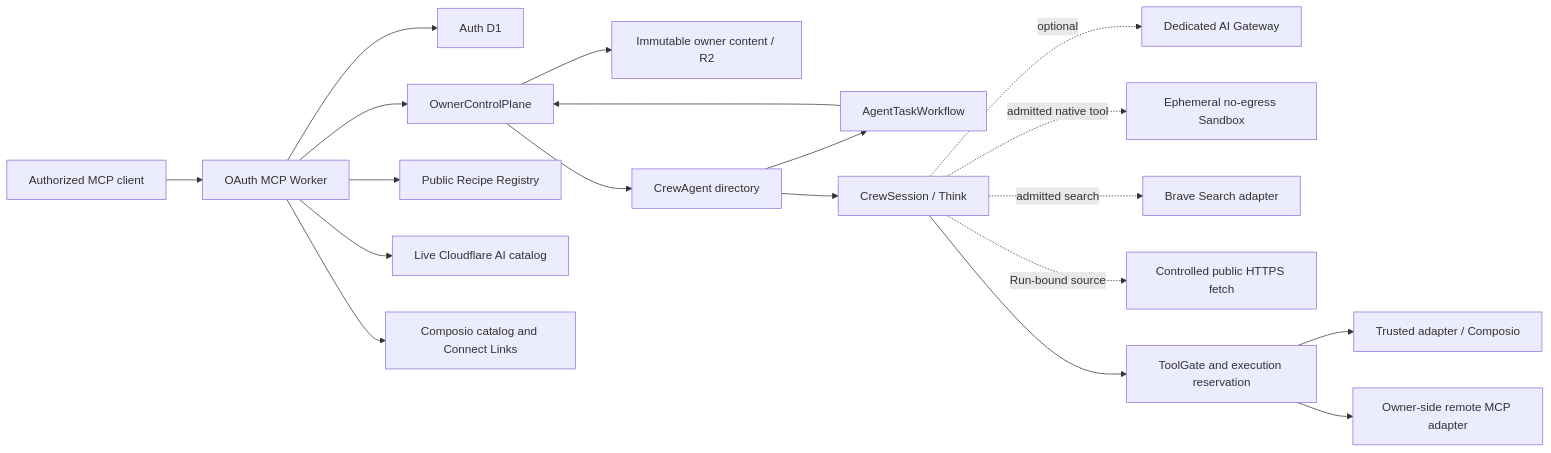
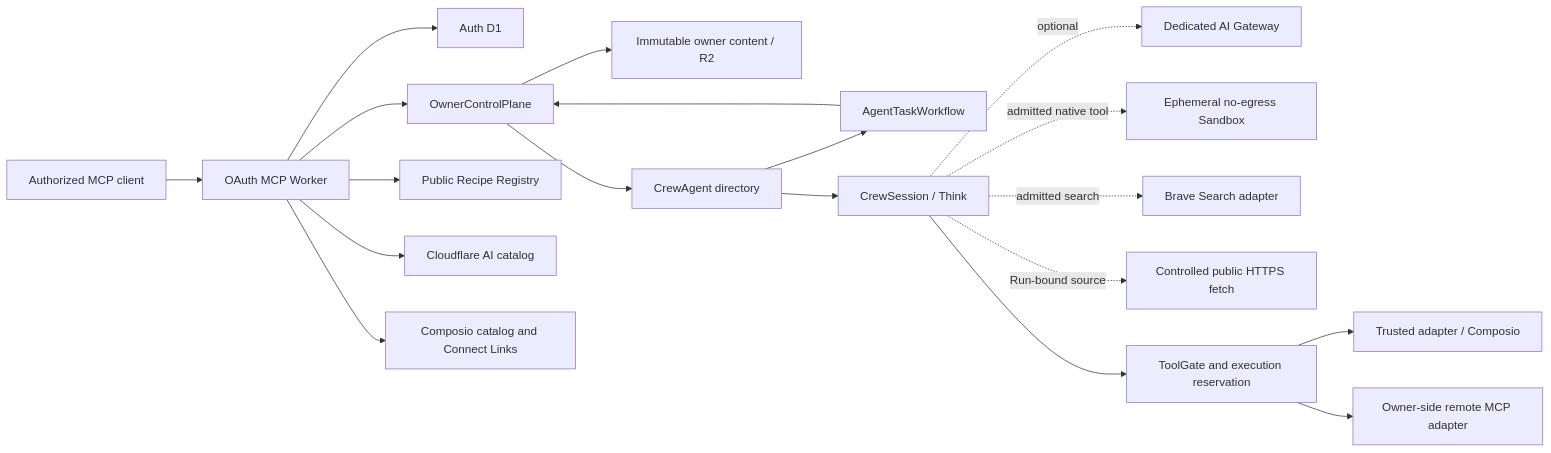
One commit to fkrein1/crewhelm changed the diagram in docs/architecture/system.md. Above: the diagram before and after it, drawn with Mermaid. The commit also changed other lines of this file and 27 other files, not shown here.

First line of the commit message:
fix: make Cloudflare model discovery agent-compatible

````diff
--- a/docs/architecture/system.md
+++ b/docs/architecture/system.md
@@ -11,21 +11,21 @@
 ```mermaid
 flowchart LR
     MCP["Authorized MCP client"] --> Worker["OAuth MCP Worker"]
     Worker --> Auth["Auth D1"]
     Worker --> Owner["OwnerControlPlane"]
     Worker --> Registry["Public Recipe Registry"]
-    Worker --> ModelCatalog["Live Cloudflare AI catalog"]
+    Worker --> ModelCatalog["Cloudflare AI catalog"]
     Owner --> Content["Immutable owner content / R2"]
     Owner --> Agent["CrewAgent directory"]
     Agent --> Workflow["AgentTaskWorkflow"]
     Workflow --> Owner
     Agent --> Session["CrewSession / Think"]
     Session -. optional .-> Gateway["Dedicated AI Gateway"]
     Session -. admitted native tool .-> Sandbox["Ephemeral no-egress Sandbox"]
     Session -. admitted search .-> Search["Brave Search adapter"]
     Session -. Run-bound source .-> Web["Controlled public HTTPS fetch"]
     Worker --> Catalog["Composio catalog and Connect Links"]
     Session --> Gate["ToolGate and execution reservation"]
     Gate --> Composio["Trusted adapter / Composio"]
     Gate --> RemoteMCP["Owner-side remote MCP adapter"]
 ```
````
